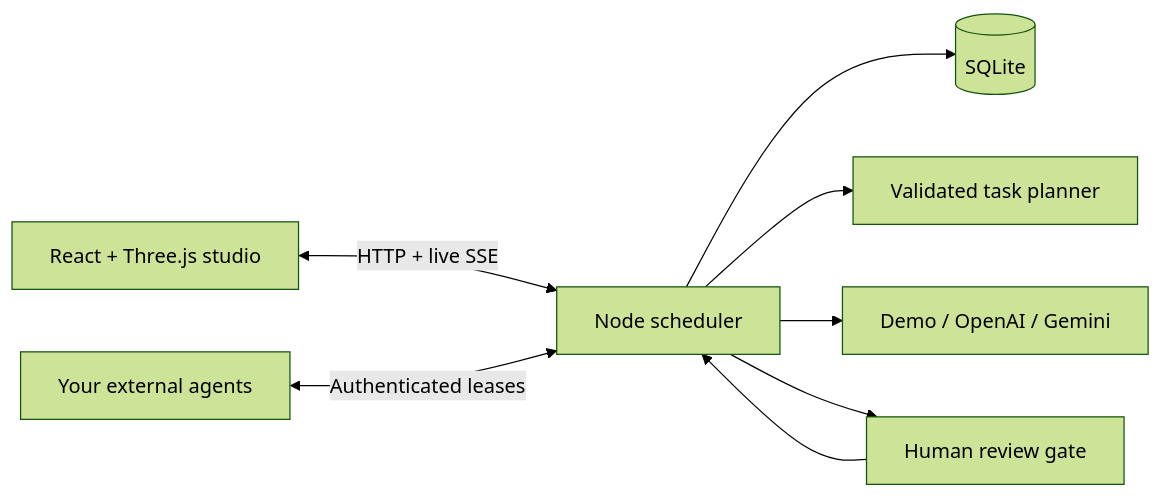
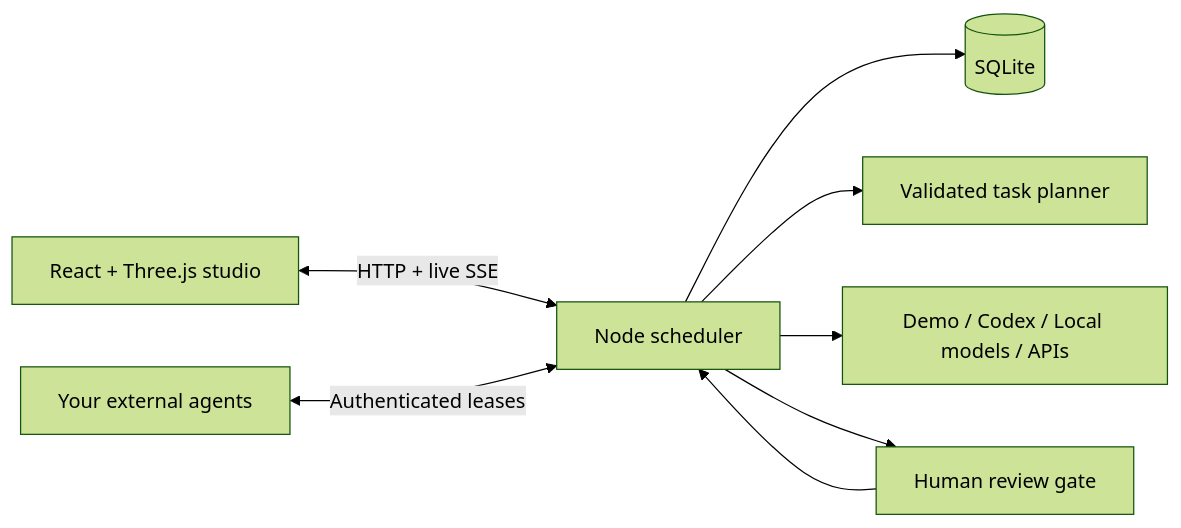
The diagram in README.md (guiltyascharged123/Coding-Chet), drawn with Mermaid (forest theme) before and after one commit. The commit also changed other lines of this file and 23 other files, not shown here.

````diff
--- a/README.md
+++ b/README.md
@@ -190,10 +202,10 @@
 ```mermaid
 flowchart LR
   UI[React + Three.js studio] <-->|HTTP + live SSE| Runtime[Node scheduler]
   Runtime --> DB[(SQLite)]
   Runtime --> Planner[Validated task planner]
-  Runtime --> Models[Demo / OpenAI / Gemini]
+  Runtime --> Models[Demo / Codex / Local models / APIs]
   Workers[Your external agents] <-->|Authenticated leases| Runtime
   Runtime --> Review[Human review gate]
   Review --> Runtime
 ```
````
